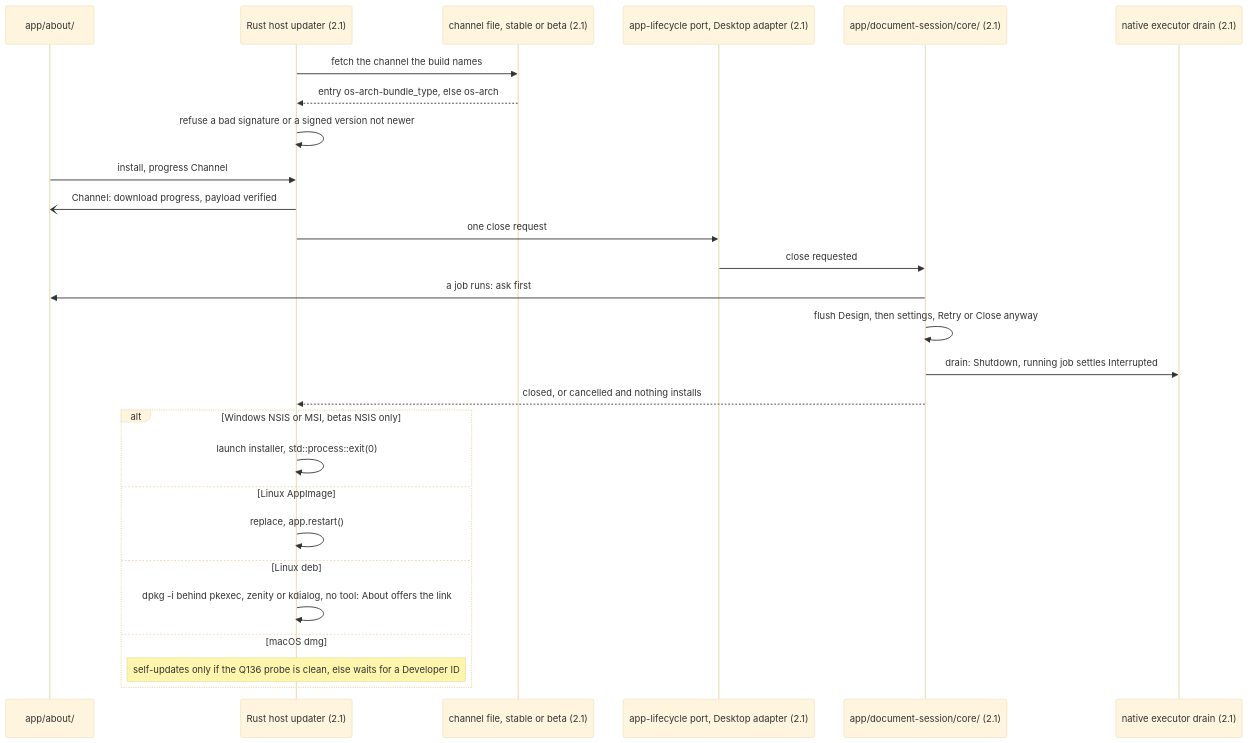
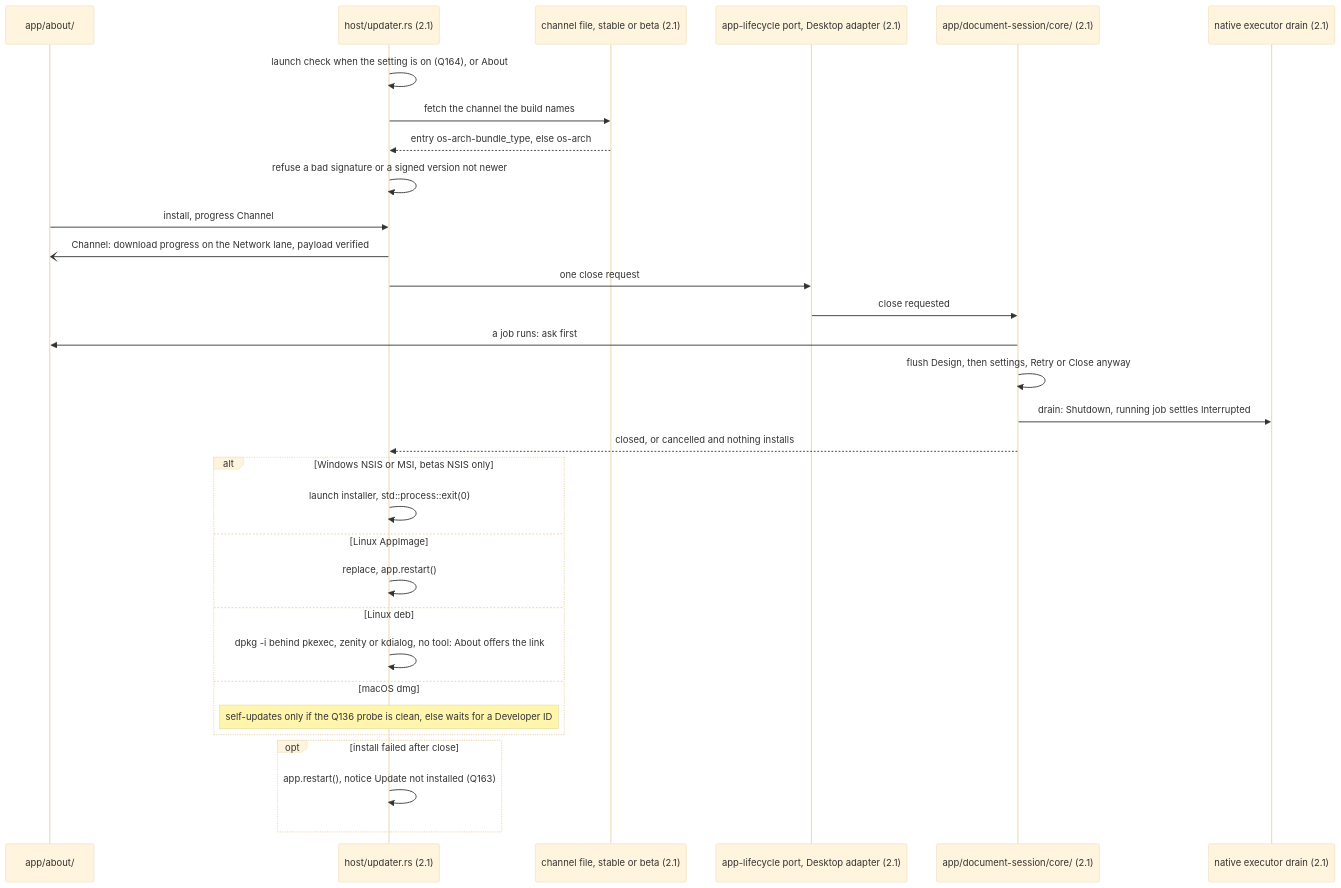
One commit to opencanopi/canopi changed the seventh of 7 diagrams in docs/architecture/flows-services.md. Above: the diagram before and after it, drawn with Mermaid (base theme). The commit also changed other lines of this file and 33 other files, not shown here.

Commit message:
docs: apply the architecture review's findings to ADRs, plan, contracts, ledger and model

````diff
--- a/docs/architecture/flows-services.md
+++ b/docs/architecture/flows-services.md
@@ -204,29 +209,33 @@
 ```mermaid
 sequenceDiagram
   participant AB as app/about/
-  participant UPD as Rust host updater (2.1)
+  participant UPD as host/updater.rs (2.1)
   participant EP as channel file, stable or beta (2.1)
   participant LC as app-lifecycle port, Desktop adapter (2.1)
   participant CORE as app/document-session/core/ (2.1)
   participant EXE as native executor drain (2.1)
+  UPD->>UPD: launch check when the setting is on (Q164), or About
   UPD->>EP: fetch the channel the build names
   EP-->>UPD: entry os-arch-bundle_type, else os-arch
   UPD->>UPD: refuse a bad signature or a signed version not newer
   AB->>UPD: install, progress Channel
-  UPD-)AB: Channel: download progress, payload verified
+  UPD-)AB: Channel: download progress on the Network lane, payload verified
   UPD->>LC: one close request
   LC->>CORE: close requested
   CORE->>AB: a job runs: ask first
   CORE->>CORE: flush Design, then settings, Retry or Close anyway
   CORE->>EXE: drain: Shutdown, running job settles Interrupted
   CORE-->>UPD: closed, or cancelled and nothing installs
   alt Windows NSIS or MSI, betas NSIS only
     UPD->>UPD: launch installer, std::process::exit(0)
   else Linux AppImage
     UPD->>UPD: replace, app.restart()
   else Linux deb
     UPD->>UPD: dpkg -i behind pkexec, zenity or kdialog, no tool: About offers the link
   else macOS dmg
     Note over UPD: self-updates only if the Q136 probe is clean, else waits for a Developer ID
   end
+  opt install failed after close
+    UPD->>UPD: app.restart(), notice Update not installed (Q163)
+  end
 ```
````
